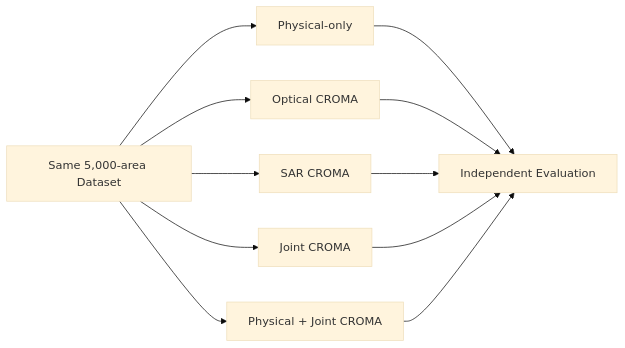
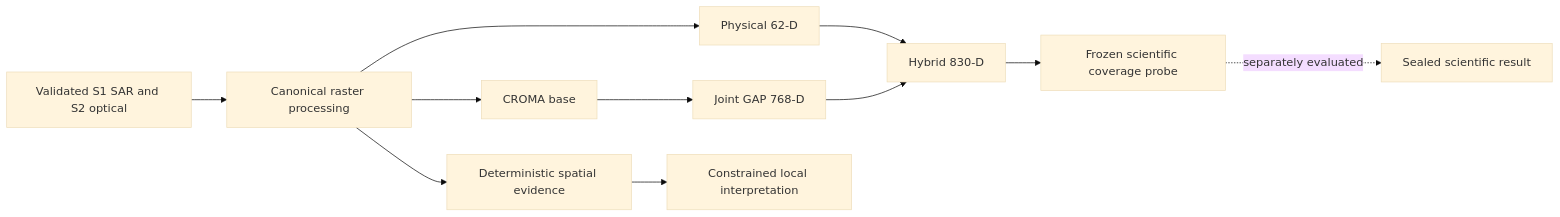
One commit to rishabparande15-lab/Satquery_ai_2.0 changed the diagram in README.md. Above: the diagram before and after it, drawn with Mermaid (base theme). The commit also changed other lines of this file and 5 other files, not shown here.

````diff
--- a/README.md
+++ b/README.md
@@ -95,13 +56,13 @@
 ```mermaid
 flowchart LR
-    A["Same 5,000-area Dataset"] --> B["Physical-only"]
-    A --> C["Optical CROMA"]
-    A --> D["SAR CROMA"]
-    A --> E["Joint CROMA"]
-    A --> F["Physical + Joint CROMA"]
-    B --> G["Independent Evaluation"]
-    C --> G
-    D --> G
-    E --> G
-    F --> G
+    A[Validated S1 SAR and S2 optical] --> B[Canonical raster processing]
+    B --> C[Physical 62-D]
+    B --> D[CROMA base]
+    D --> E[Joint GAP 768-D]
+    C --> F[Hybrid 830-D]
+    E --> F
+    F --> G[Frozen scientific coverage probe]
+    B --> H[Deterministic spatial evidence]
+    H --> I[Constrained local interpretation]
+    G -. separately evaluated .-> J[Sealed scientific result]
 ```
````
